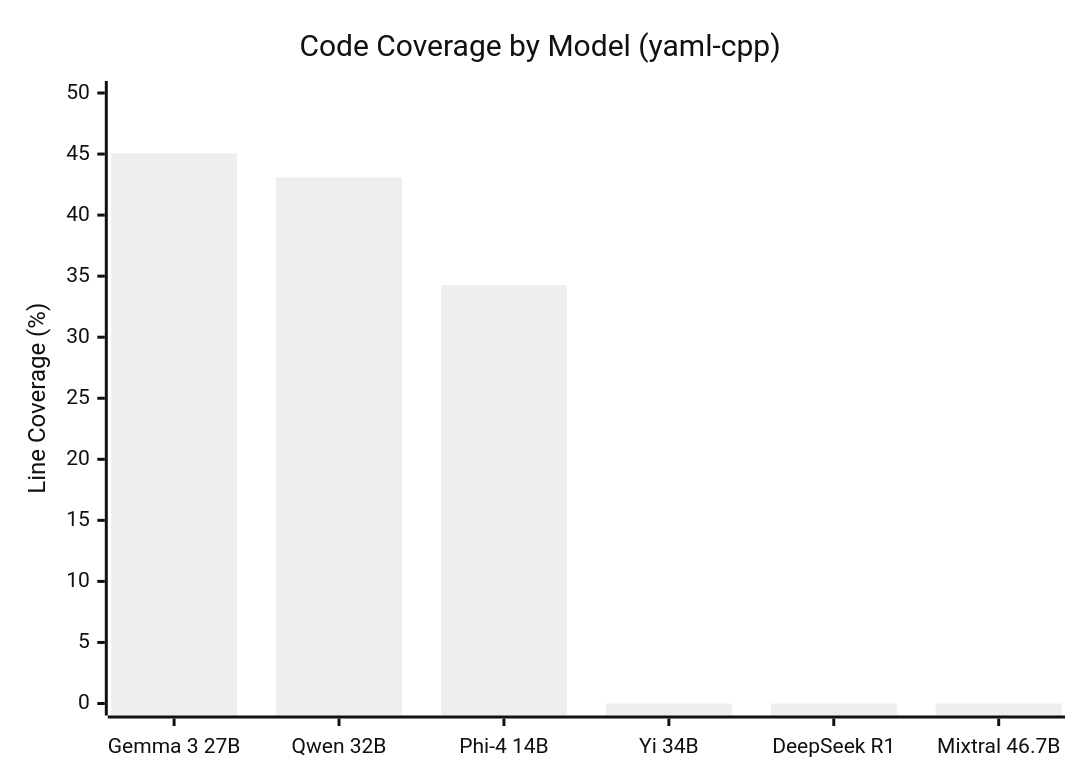
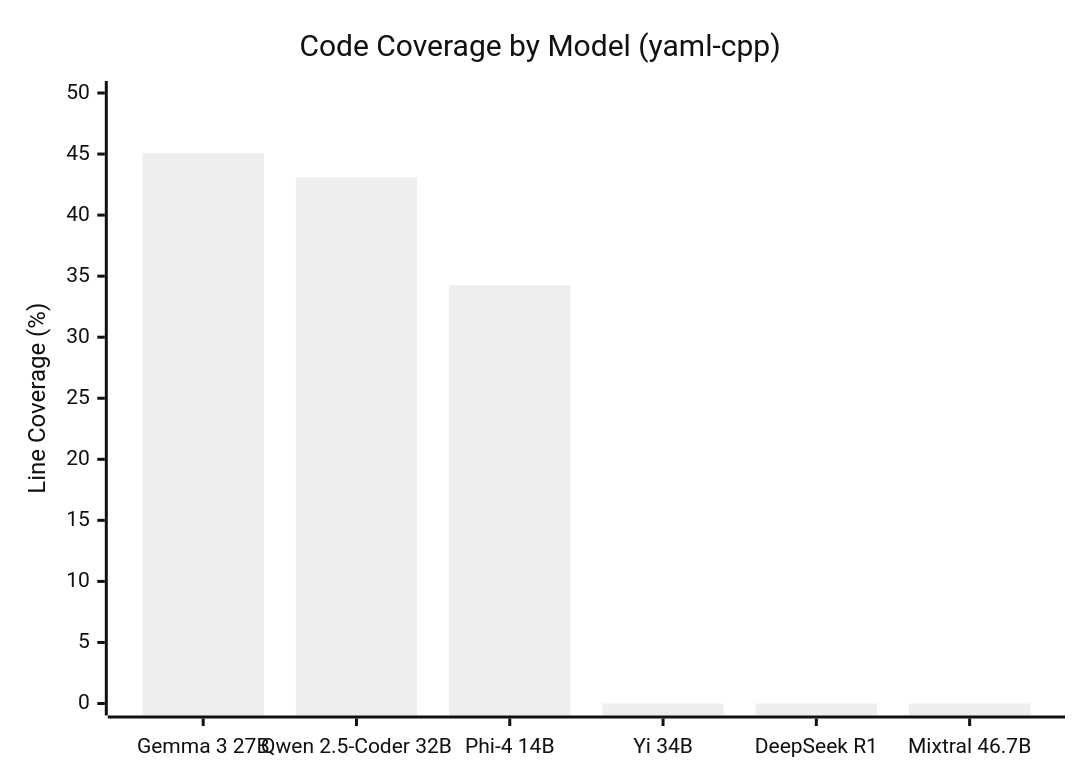
One commit to DARREN-2000/temporary changed the first of 4 diagrams in Chapter_5_Experimental_Results.md. Above: the diagram before and after it, drawn with Mermaid. The commit also changed 1 other file, not shown here.

Commit message:
Fix code review: split long sentence, use consistent model names

````diff
--- a/Chapter_5_Experimental_Results.md
+++ b/Chapter_5_Experimental_Results.md
@@ -155,8 +155,8 @@
 ```mermaid
 %%{init: {'theme': 'neutral'}}%%
 xychart-beta
     title "Code Coverage by Model (yaml-cpp)"
-    x-axis ["Gemma 3 27B", "Qwen 32B", "Phi-4 14B", "Yi 34B", "DeepSeek R1", "Mixtral 46.7B"]
+    x-axis ["Gemma 3 27B", "Qwen 2.5-Coder 32B", "Phi-4 14B", "Yi 34B", "DeepSeek R1", "Mixtral 46.7B"]
     y-axis "Line Coverage (%)" 0 --> 50
     bar [45.06, 43.08, 34.26, 0, 0, 0]
 ```
````
